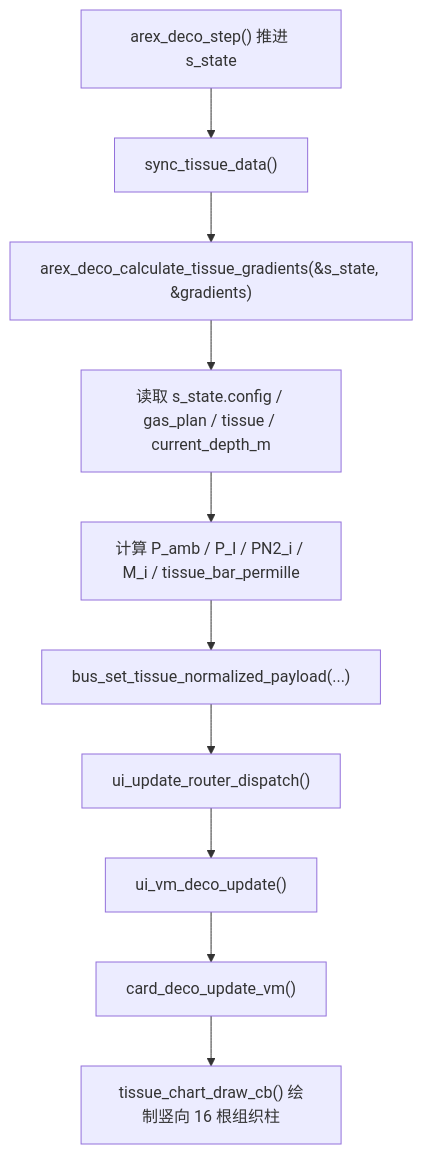
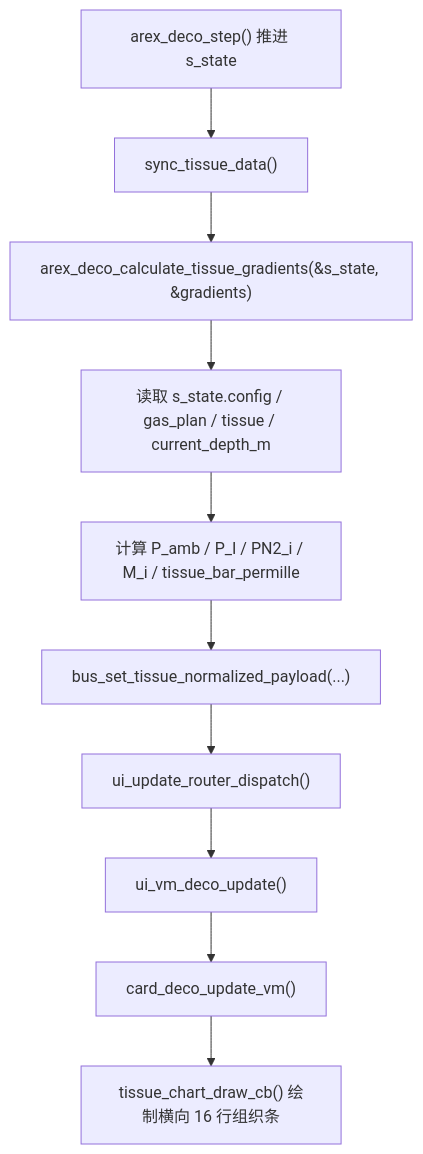
One commit to arexvision/lv_port_win_codeblocks-release-v8.3_hasGroup changed the diagram in UI_html_DOC/16组织仓归一化视图算法沟通版.md. Above: the diagram before and after it, drawn with Mermaid. The commit also changed other lines of this file and 3 other files, not shown here.

Commit message:
回归横向组织图显示

````diff
--- a/UI_html_DOC/16组织仓归一化视图算法沟通版.md
+++ b/UI_html_DOC/16组织仓归一化视图算法沟通版.md
@@ -30,12 +30,12 @@
 ```mermaid
 flowchart TD
     A["arex_deco_step() 推进 s_state"] --> B["sync_tissue_data()"]
     B --> C["arex_deco_calculate_tissue_gradients(&s_state, &gradients)"]
     C --> D["读取 s_state.config / gas_plan / tissue / current_depth_m"]
     D --> E["计算 P_amb / P_I / PN2_i / M_i / tissue_bar_permille"]
     E --> F["bus_set_tissue_normalized_payload(...)"]
     F --> G["ui_update_router_dispatch()"]
     G --> H["ui_vm_deco_update()"]
     H --> I["card_deco_update_vm()"]
-    I --> J["tissue_chart_draw_cb() 绘制竖向 16 根组织柱"]
+    I --> J["tissue_chart_draw_cb() 绘制横向 16 行组织条"]
 ```
````
